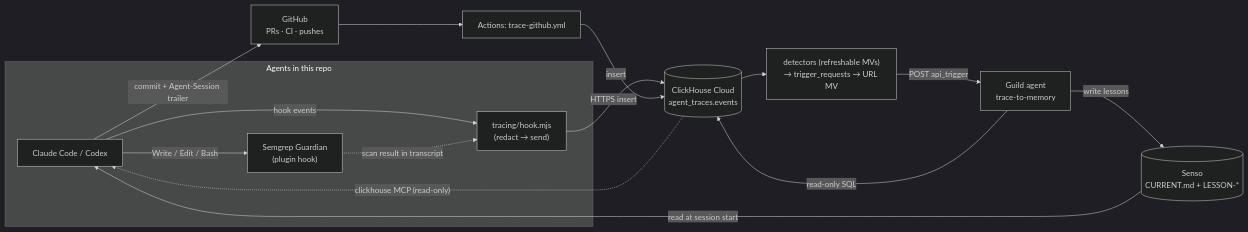
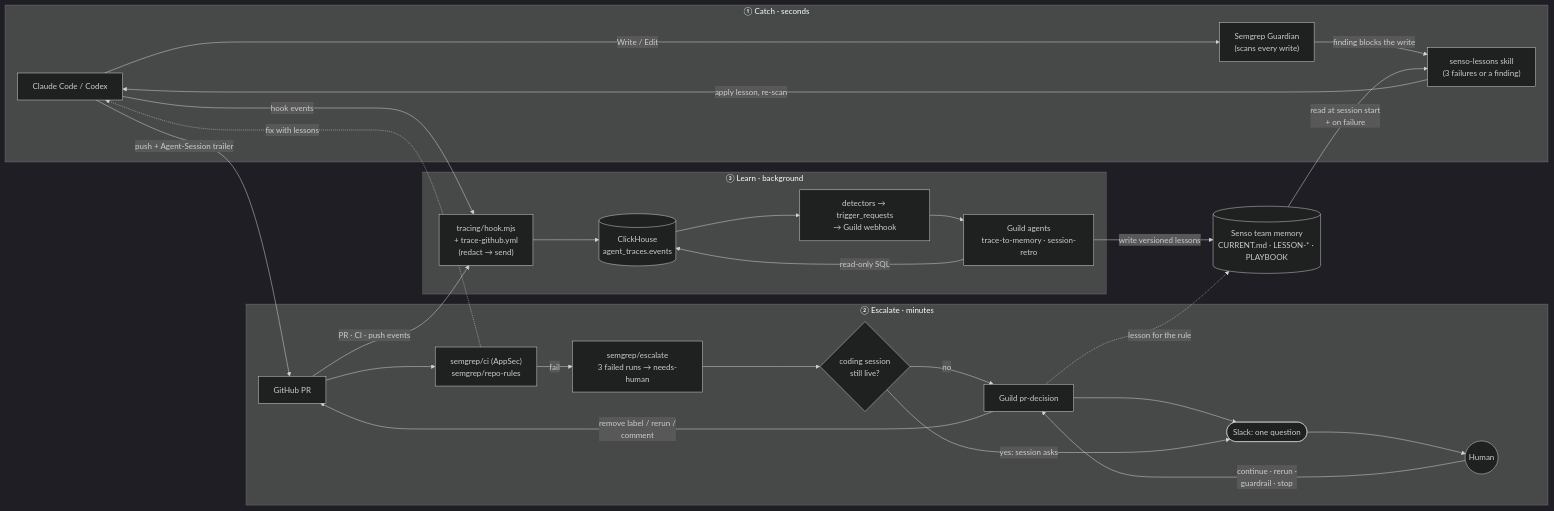
One commit to blueif16/oct_9 changed the diagram in README.md. Above: the diagram before and after it, drawn with Mermaid (dark theme). The commit also changed other lines of this file, not shown here.

Commit message:
docs: rewrite README around token-wise and its three loops
Adds the product description, why it exists, a loop-by-loop diagram including PR escalation and the Slack round trip, and current demo status.

Agent-Session: claude:e43f4c23-e4bc-4e67-bfd3-5b0add9d348c

````diff
--- a/README.md
+++ b/README.md
@@ -5,27 +28,45 @@
 ```mermaid
 flowchart LR
-    subgraph Local["Agents in this repo"]
+    subgraph L1["① Catch · seconds"]
         A["Claude Code / Codex"]
-        SG["Semgrep Guardian<br/>(plugin hook)"]
-        H["tracing/hook.mjs<br/>(redact → send)"]
-        A -- "Write / Edit / Bash" --> SG
-        A -- "hook events" --> H
-        SG -. "scan result in transcript" .-> H
+        SG["Semgrep Guardian<br/>(scans every write)"]
+        SL["senso-lessons skill<br/>(3 failures or a finding)"]
+        A -- "Write / Edit" --> SG
+        SG -- "finding blocks the write" --> SL
+        SL -- "apply lesson, re-scan" --> A
     end
 
-    GH["GitHub<br/>PRs · CI · pushes"]
-    GHA["Actions: trace-github.yml"]
-    CH[("ClickHouse Cloud<br/>agent_traces.events")]
-    TR["detectors (refreshable MVs)<br/>→ trigger_requests → URL MV"]
-    G["Guild agent<br/>trace-to-memory"]
-    S[("Senso<br/>CURRENT.md + LESSON-*")]
+    subgraph L2["② Escalate · minutes"]
+        PR["GitHub PR"]
+        CI["semgrep/ci (AppSec)<br/>semgrep/repo-rules"]
+        ESC["semgrep/escalate<br/>3 failed runs → needs-human"]
+        RT{"coding session<br/>still live?"}
+        PD["Guild pr-decision"]
+        SK(["Slack: one question"])
+        HU(("Human"))
+        PR --> CI -- "fail" --> ESC --> RT
+        RT -- "no" --> PD --> SK
+        RT -- "yes: session asks" --> SK
+        SK --> HU -- "continue · rerun ·<br/>guardrail · stop" --> PD
+        PD -- "remove label / rerun /<br/>comment" --> PR
+    end
 
-    H -- "HTTPS insert" --> CH
-    A -- "commit + Agent-Session trailer" --> GH
-    GH --> GHA -- "insert" --> CH
-    CH --> TR -- "POST api_trigger" --> G
-    G -- "read-only SQL" --> CH
-    G -- "write lessons" --> S
-    S -- "read at session start" --> A
-    CH -. "clickhouse MCP (read-only)" .-> A
+    subgraph L3["③ Learn · background"]
+        H["tracing/hook.mjs<br/>+ trace-github.yml<br/>(redact → send)"]
+        CH[("ClickHouse<br/>agent_traces.events")]
+        DT["detectors → trigger_requests<br/>→ Guild webhook"]
+        G["Guild agents<br/>trace-to-memory · session-retro"]
+        H --> CH --> DT --> G
+        G -- "read-only SQL" --> CH
+    end
+
+    S[("Senso team memory<br/>CURRENT.md · LESSON-* · PLAYBOOK")]
+
+    A -- "push + Agent-Session trailer" --> PR
+    CI -. "fix with lessons" .-> A
+    A -- "hook events" --> H
+    PR -- "PR · CI · push events" --> H
+    G -- "write versioned lessons" --> S
+    S -- "read at session start<br/>+ on failure" --> SL
+    PD -. "lesson for the rule" .-> S
 ```
````
